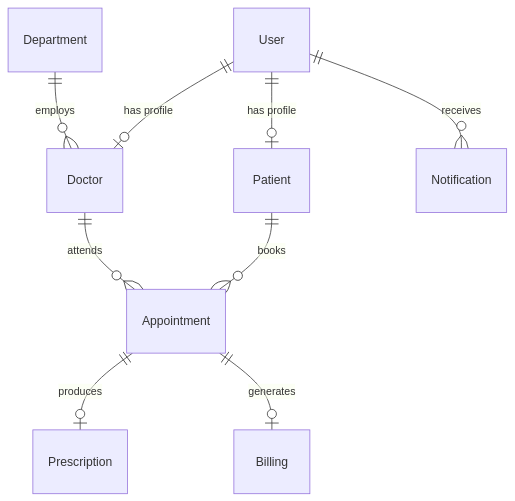
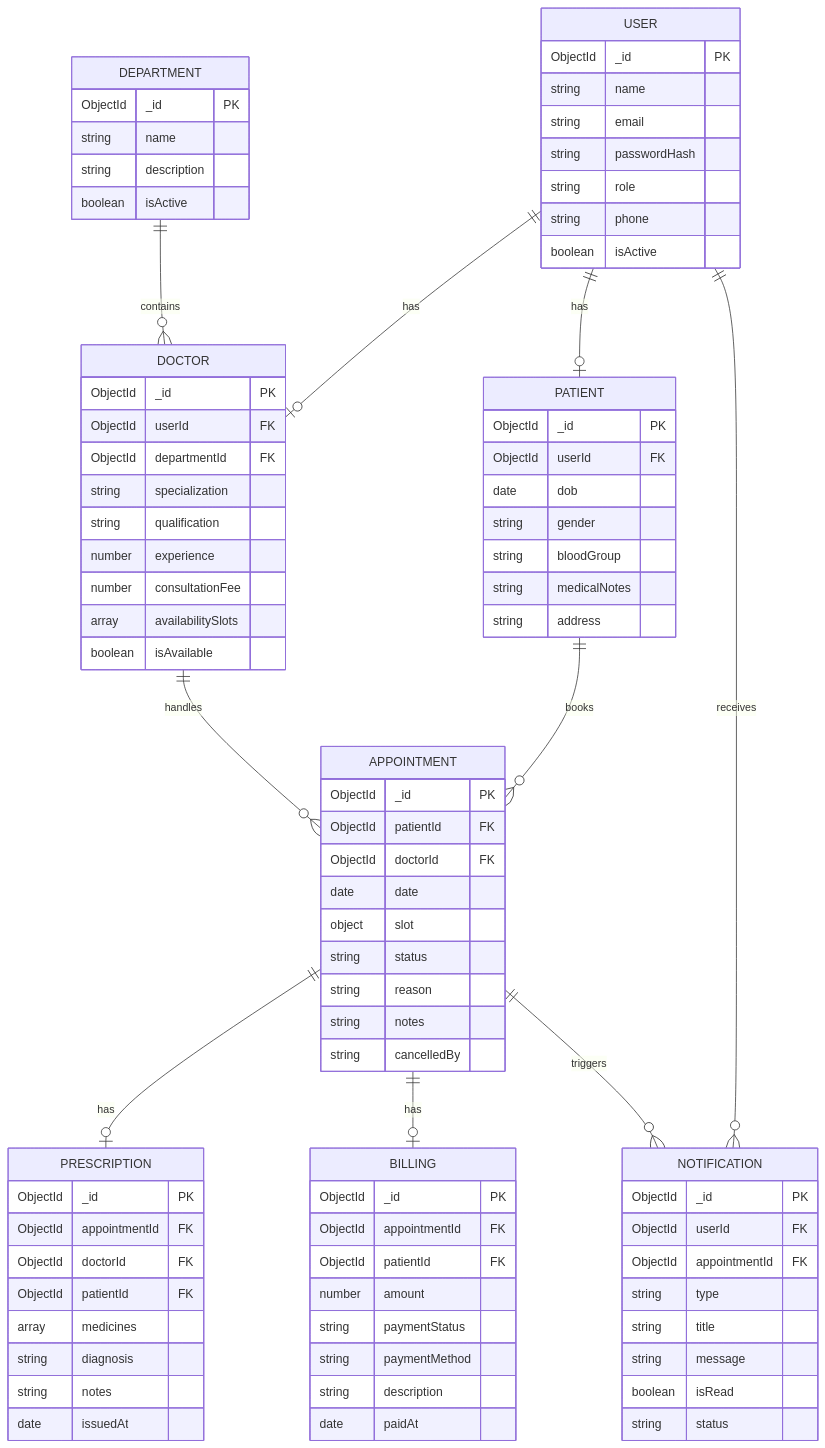
Before and after one commit to jessesuniljs1-collab/Hospital-Patient-And-Appointment-Management-System-L-and-T-Group-Project: the diagram in README.md, drawn with Mermaid. The commit also changed other lines of this file and 10 other files, not shown here.

````diff
--- a/README.md
+++ b/README.md
@@ -435,11 +327,96 @@
 ```mermaid
 erDiagram
-    User ||--o| Patient : "has profile"
-    User ||--o| Doctor : "has profile"
-    Department ||--o{ Doctor : "employs"
-    Patient ||--o{ Appointment : "books"
-    Doctor ||--o{ Appointment : "attends"
-    Appointment ||--o| Prescription : "produces"
-    Appointment ||--o| Billing : "generates"
-    User ||--o{ Notification : "receives"
+    USER {
+        ObjectId _id PK
+        string name
+        string email
+        string passwordHash
+        string role
+        string phone
+        boolean isActive
+    }
+
+    PATIENT {
+        ObjectId _id PK
+        ObjectId userId FK
+        date dob
+        string gender
+        string bloodGroup
+        string medicalNotes
+        string address
+    }
+
+    DOCTOR {
+        ObjectId _id PK
+        ObjectId userId FK
+        ObjectId departmentId FK
+        string specialization
+        string qualification
+        number experience
+        number consultationFee
+        array availabilitySlots
+        boolean isAvailable
+    }
+
+    DEPARTMENT {
+        ObjectId _id PK
+        string name
+        string description
+        boolean isActive
+    }
+
+    APPOINTMENT {
+        ObjectId _id PK
+        ObjectId patientId FK
+        ObjectId doctorId FK
+        date date
+        object slot
+        string status
+        string reason
+        string notes
+        string cancelledBy
+    }
+
+    PRESCRIPTION {
+        ObjectId _id PK
+        ObjectId appointmentId FK
+        ObjectId doctorId FK
+        ObjectId patientId FK
+        array medicines
+        string diagnosis
+        string notes
+        date issuedAt
+    }
+
+    BILLING {
+        ObjectId _id PK
+        ObjectId appointmentId FK
+        ObjectId patientId FK
+        number amount
+        string paymentStatus
+        string paymentMethod
+        string description
+        date paidAt
+    }
+
+    NOTIFICATION {
+        ObjectId _id PK
+        ObjectId userId FK
+        ObjectId appointmentId FK
+        string type
+        string title
+        string message
+        boolean isRead
+        string status
+    }
+
+    USER ||--o| PATIENT : "has"
+    USER ||--o| DOCTOR : "has"
+    DEPARTMENT ||--o{ DOCTOR : "contains"
+    PATIENT ||--o{ APPOINTMENT : "books"
+    DOCTOR ||--o{ APPOINTMENT : "handles"
+    APPOINTMENT ||--o| PRESCRIPTION : "has"
+    APPOINTMENT ||--o| BILLING : "has"
+    USER ||--o{ NOTIFICATION : "receives"
+    APPOINTMENT ||--o{ NOTIFICATION : "triggers"
 ```
````
